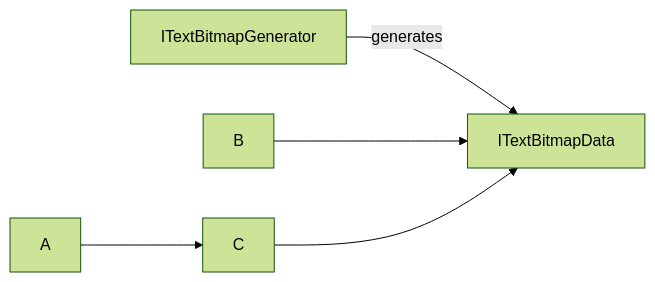
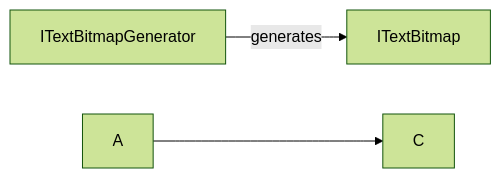
Before and after one commit to Texart/Texart: the diagram in doc/i-text-types.md, drawn with Mermaid (forest theme). The commit also changed other lines of this file, not shown here.

Commit message:
doc/i-text-types.md updated from https://stackedit.io/

````diff
--- a/doc/i-text-types.md
+++ b/doc/i-text-types.md
@@ -3,7 +3,6 @@
 ```mermaid
 graph LR;
-    G[ITextBitmapGenerator]-- generates -->D[ITextBitmapData];
-    A-->C;
-    B-->D;
-    C-->D;
+  
+  G[ITextBitmapGenerator]-- generates -->D[ITextBitmap];
+  A-->C;
 ```
````
